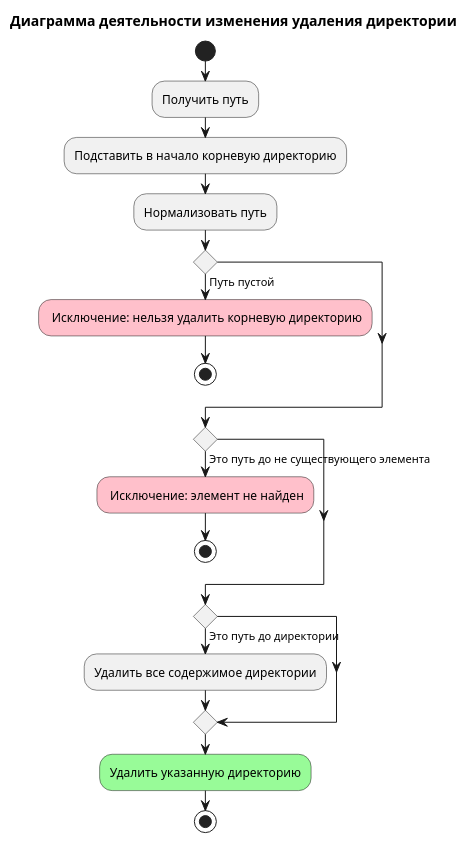
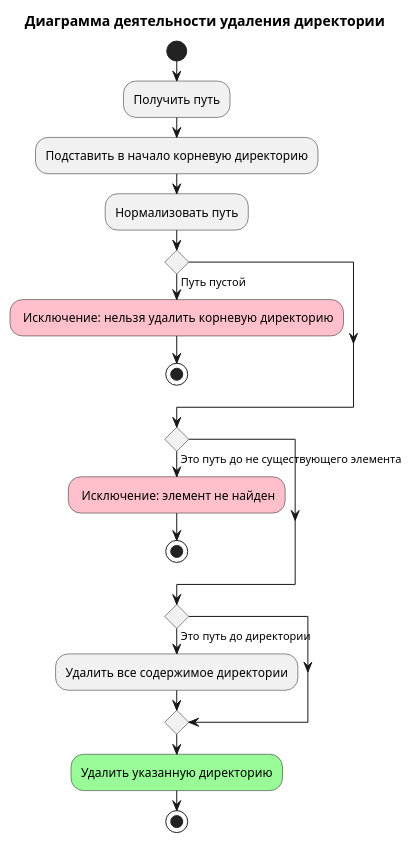
The diagram in documentation/diagrams/A3-delete-file-system-element.pu (PavelPutin/Zile-filla), drawn with PlantUML before and after one commit. The commit also changed 1 other file, not shown here.

Commit message:
fix: remove mistake word from title in delete element diagram

```diff
--- a/documentation/diagrams/A3-delete-file-system-element.pu
+++ b/documentation/diagrams/A3-delete-file-system-element.pu
@@ -1,29 +1,29 @@
 @startuml A3-delete-file-system-element
 title
-Диаграмма деятельности изменения удаления директории
+Диаграмма деятельности удаления директории
 end title
 
 start
 :Получить путь;
 :Подставить в начало корневую директорию;
 :Нормализовать путь;
 
 if () then (Путь пустой)
     #pink: Исключение: нельзя удалить корневую директорию;
     stop
 endif
 
 if () then (Это путь до не существующего элемента)
     #pink: Исключение: элемент не найден;
     stop
 endif
 
 if () then (Это путь до директории)
     :Удалить все содержимое директории;
 endif
 
 #palegreen:Удалить указанную директорию;
 
 stop
 
 @enduml
```
